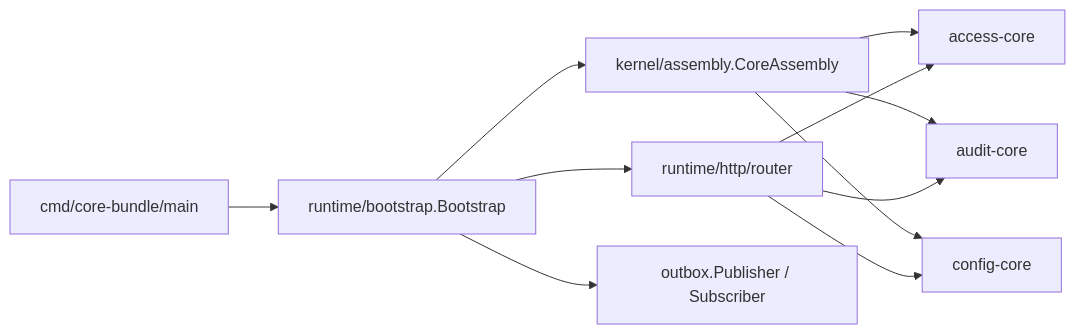
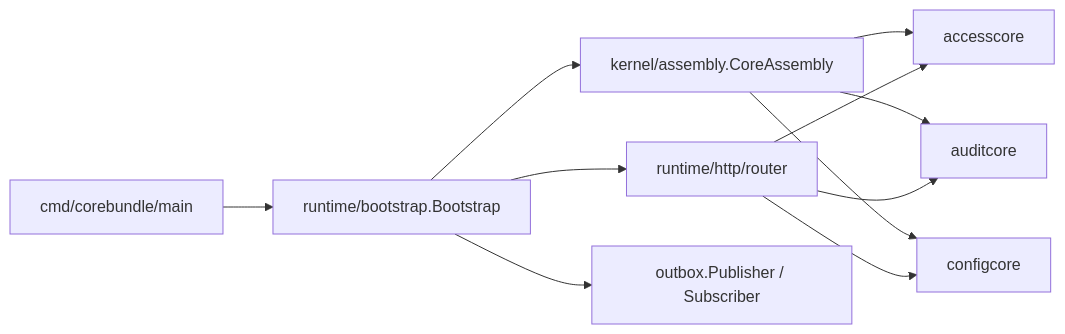
The third of 5 diagrams in docs/architecture/module-dependency-report.md (ghbvf/gocell), drawn with Mermaid before and after one commit. The commit also changed other lines of this file and 51 other files, not shown here.

````diff
--- a/docs/architecture/module-dependency-report.md
+++ b/docs/architecture/module-dependency-report.md
@@ -159,15 +159,15 @@
 ```mermaid
 flowchart LR
-  entry["cmd/core-bundle/main"] --> boot["runtime/bootstrap.Bootstrap"]
+  entry["cmd/corebundle/main"] --> boot["runtime/bootstrap.Bootstrap"]
   boot --> asm["kernel/assembly.CoreAssembly"]
   boot --> router["runtime/http/router"]
   boot --> bus["outbox.Publisher / Subscriber"]
 
-  asm --> access["access-core"]
-  asm --> audit["audit-core"]
-  asm --> config["config-core"]
+  asm --> access["accesscore"]
+  asm --> audit["auditcore"]
+  asm --> config["configcore"]
 
   router --> access
   router --> audit
   router --> config
 ```
````
